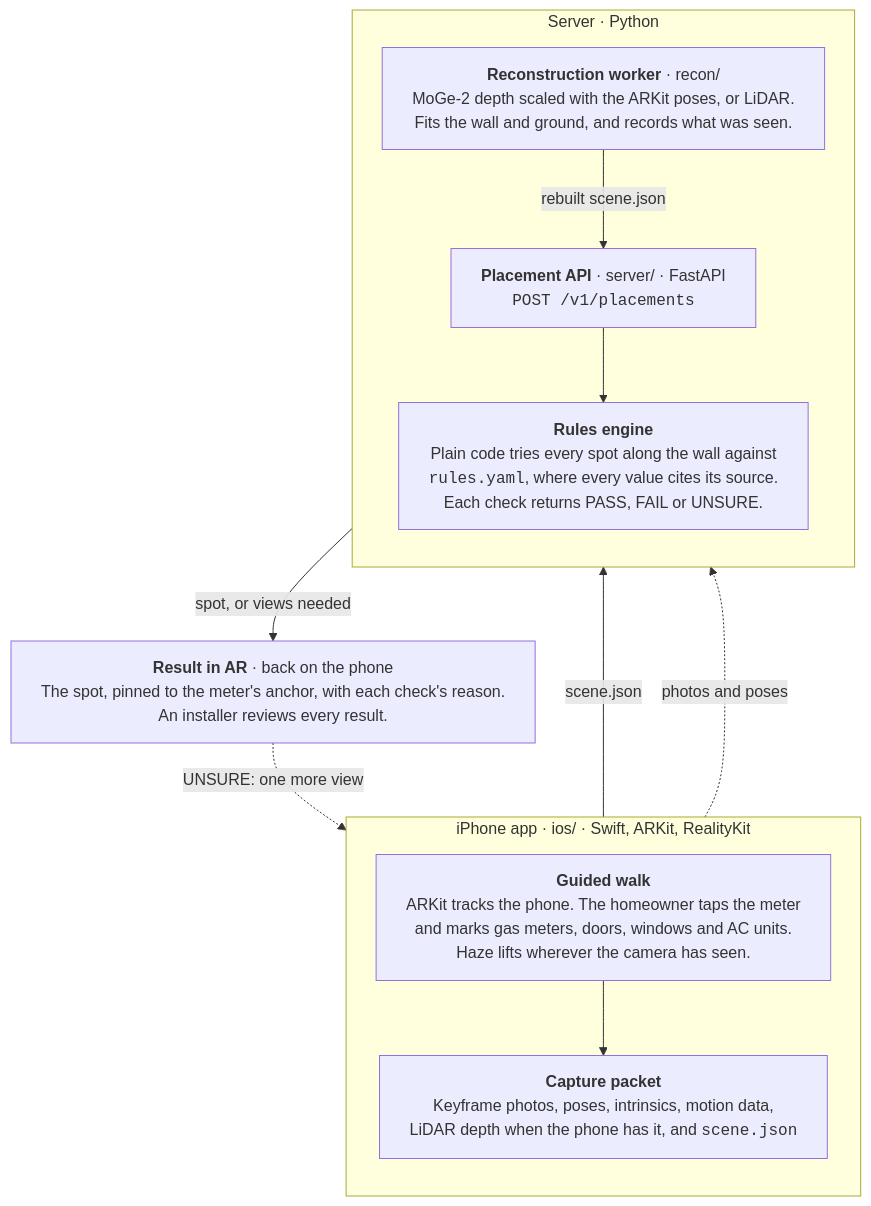
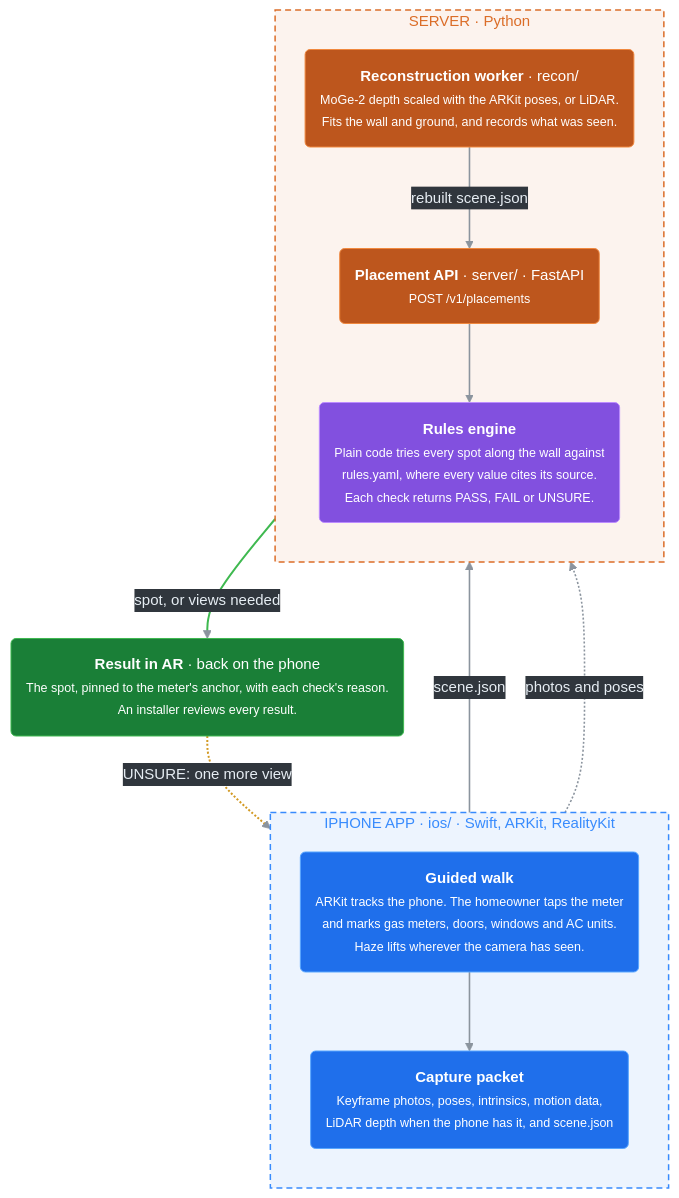
Before and after one commit to SamGu-NRX/BaseScanner: the diagram in README.md, drawn with Mermaid. The commit also changed other lines of this file and 8 other files, not shown here.

First line of the commit message:
docs: color the architecture diagram, make the pipeline static, and play the unseen demo at 60 fps

````diff
--- a/README.md
+++ b/README.md
@@ -38,26 +38,40 @@
 ```mermaid
-%%{init: {"flowchart": {"wrappingWidth": 480, "nodeSpacing": 40, "rankSpacing": 50}}}%%
+%%{init: {"theme": "base", "fontFamily": "system-ui", "flowchart": {"wrappingWidth": 480, "nodeSpacing": 40, "rankSpacing": 54, "curve": "basis"}, "themeVariables": {"fontFamily": "system-ui", "fontSize": "15px", "lineColor": "#8b949e", "edgeLabelBackground": "#30363d", "textColor": "#e6edf3", "titleColor": "#8b949e"}}}%%
 flowchart TB
-  subgraph phone["iPhone app · ios/ · Swift, ARKit, RealityKit"]
+  subgraph phone["IPHONE APP · ios/ · Swift, ARKit, RealityKit"]
     direction TB
-    walk["<b>Guided walk</b><br/>ARKit tracks the phone. The homeowner taps the meter<br/>and marks gas meters, doors, windows and AC units.<br/>Haze lifts wherever the camera has seen."]
-    packet["<b>Capture packet</b><br/>Keyframe photos, poses, intrinsics, motion data,<br/>LiDAR depth when the phone has it, and <code>scene.json</code>"]
+    walk("<b>Guided walk</b><br/><small>ARKit tracks the phone. The homeowner taps the meter<br/>and marks gas meters, doors, windows and AC units.<br/>Haze lifts wherever the camera has seen.</small>")
+    packet("<b>Capture packet</b><br/><small>Keyframe photos, poses, intrinsics, motion data,<br/>LiDAR depth when the phone has it, and scene.json</small>")
     walk --> packet
   end
 
-  subgraph srv["Server · Python"]
+  subgraph srv["SERVER · Python"]
     direction TB
-    recon["<b>Reconstruction worker</b> · recon/<br/>MoGe-2 depth scaled with the ARKit poses, or LiDAR.<br/>Fits the wall and ground, and records what was seen."]
-    api["<b>Placement API</b> · server/ · FastAPI<br/><code>POST /v1/placements</code>"]
-    rules["<b>Rules engine</b><br/>Plain code tries every spot along the wall against<br/><code>rules.yaml</code>, where every value cites its source.<br/>Each check returns PASS, FAIL or UNSURE."]
+    recon("<b>Reconstruction worker</b> · recon/<br/><small>MoGe-2 depth scaled with the ARKit poses, or LiDAR.<br/>Fits the wall and ground, and records what was seen.</small>")
+    api("<b>Placement API</b> · server/ · FastAPI<br/><small>POST /v1/placements</small>")
+    rules("<b>Rules engine</b><br/><small>Plain code tries every spot along the wall against<br/>rules.yaml, where every value cites its source.<br/>Each check returns PASS, FAIL or UNSURE.</small>")
     recon -- "rebuilt scene.json" --> api
     api --> rules
   end
 
-  result["<b>Result in AR</b> · back on the phone<br/>The spot, pinned to the meter's anchor, with each check's reason.<br/>An installer reviews every result."]
+  result("<b>Result in AR</b> · back on the phone<br/><small>The spot, pinned to the meter's anchor, with each check's reason.<br/>An installer reviews every result.</small>")
 
   packet -- "scene.json" --> api
   packet -. "photos and poses" .-> recon
   rules -- "spot, or views needed" --> result
   result -. "UNSURE: one more view" .-> walk
+
+  classDef phoneNode fill:#1f6feb,stroke:#58a6ff,stroke-width:1px,color:#ffffff
+  classDef serverNode fill:#bd561d,stroke:#f0883e,stroke-width:1px,color:#ffffff
+  classDef rulesNode fill:#8250df,stroke:#bc8cff,stroke-width:1px,color:#ffffff
+  classDef resultNode fill:#1a7f37,stroke:#3fb950,stroke-width:1px,color:#ffffff
+  class walk,packet phoneNode
+  class recon,api serverNode
+  class rules rulesNode
+  class result resultNode
+  style phone fill:#1f6feb14,stroke:#388bfd,stroke-width:1.5px,stroke-dasharray:6 4,color:#388bfd
+  style srv fill:#db6d2814,stroke:#db6d28,stroke-width:1.5px,stroke-dasharray:6 4,color:#db6d28
+  linkStyle default stroke:#8b949e,stroke-width:1.6px,color:#e6edf3
+  linkStyle 5 stroke:#3fb950,stroke-width:2px,color:#e6edf3
+  linkStyle 6 stroke:#d29922,stroke-width:2px,color:#e6edf3
 ```
````
